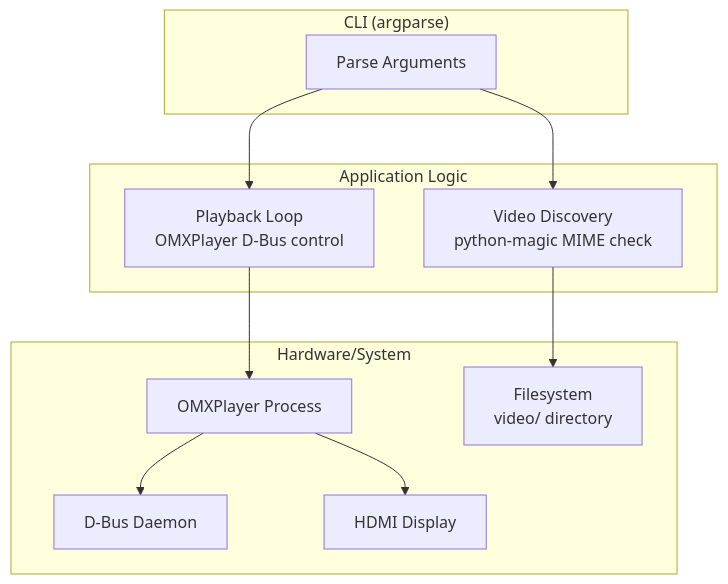
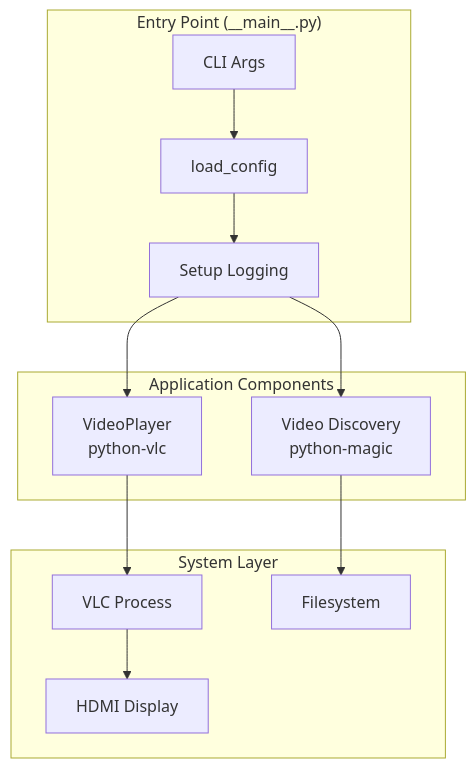
One commit to frankenwino/halloween_video_player_looper changed the diagram in .agents/summary/architecture.md. Above: the diagram before and after it, drawn with Mermaid. The commit also changed other lines of this file and 9 other files, not shown here.

````diff
--- a/.agents/summary/architecture.md
+++ b/.agents/summary/architecture.md
@@ -9,25 +9,24 @@
 ```mermaid
 graph TB
-    subgraph CLI["CLI (argparse)"]
-        ARGS[Parse Arguments]
+    subgraph Entry["Entry Point (__main__.py)"]
+        CLI[CLI Args] --> CFG[load_config]
+        CFG --> LOG[Setup Logging]
     end
 
-    subgraph Logic["Application Logic"]
-        VD[Video Discovery<br/>python-magic MIME check]
-        PL[Playback Loop<br/>OMXPlayer D-Bus control]
+    subgraph Components["Application Components"]
+        DISC[Video Discovery<br/>python-magic]
+        VP[VideoPlayer<br/>python-vlc]
     end
 
-    subgraph Hardware["Hardware/System"]
-        OMX[OMXPlayer Process]
-        DBUS[D-Bus Daemon]
+    subgraph System["System Layer"]
+        VLC[VLC Process]
+        FS[Filesystem]
         HDMI[HDMI Display]
-        FS[Filesystem<br/>video/ directory]
     end
 
-    ARGS --> VD
-    ARGS --> PL
-    VD --> FS
-    PL --> OMX
-    OMX --> DBUS
-    OMX --> HDMI
+    LOG --> DISC
+    LOG --> VP
+    DISC --> FS
+    VP --> VLC
+    VLC --> HDMI
 ```
````
